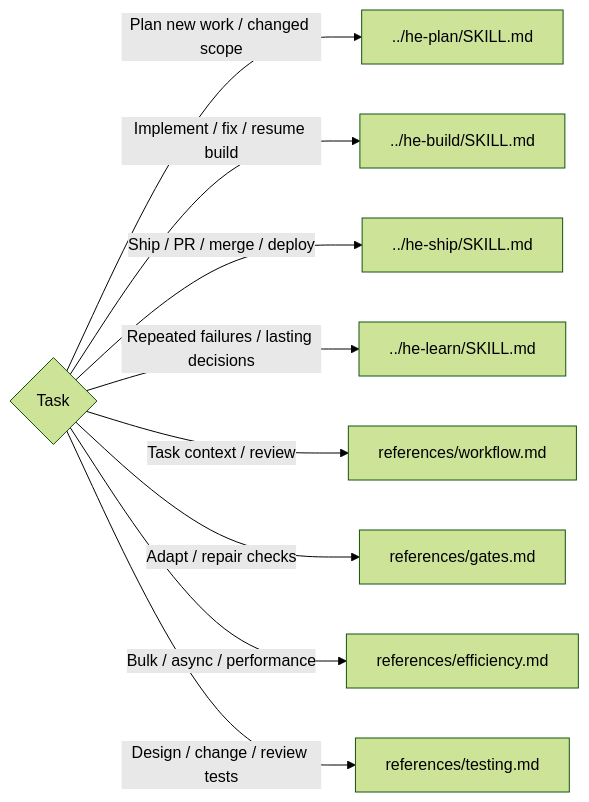
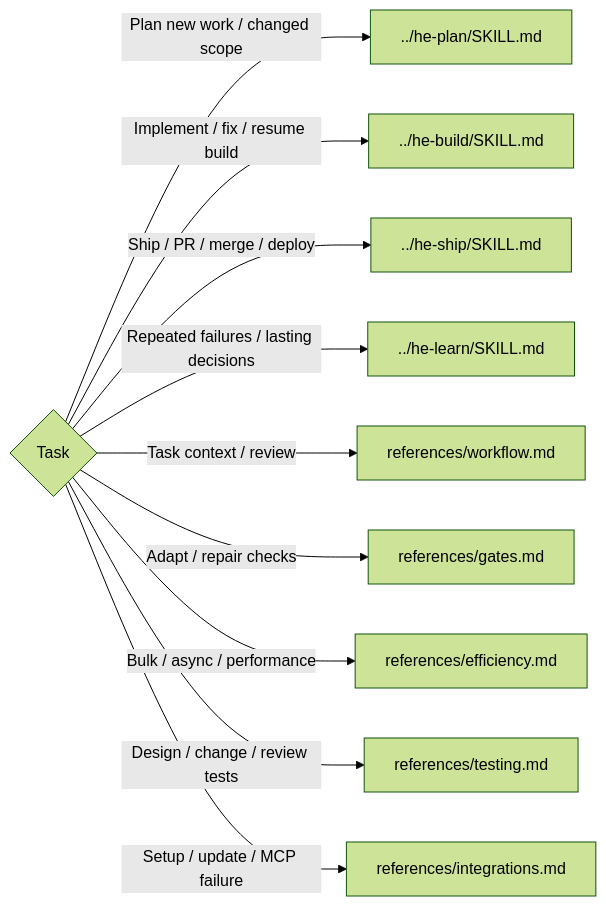
One commit to sgaabdu4/hard-eng changed the diagram in .agents/skills/he/SKILL.md. Above: the diagram before and after it, drawn with Mermaid (forest theme). The commit also changed 12 other files, not shown here.

````diff
--- a/.agents/skills/he/SKILL.md
+++ b/.agents/skills/he/SKILL.md
@@ -10,19 +10,21 @@
 ```mermaid
 flowchart LR
   T{Task} -->|Plan new work / changed scope| P[../he-plan/SKILL.md]
   T -->|Implement / fix / resume build| B[../he-build/SKILL.md]
   T -->|Ship / PR / merge / deploy| S[../he-ship/SKILL.md]
   T -->|Repeated failures / lasting decisions| L[../he-learn/SKILL.md]
   T -->|Task context / review| W[references/workflow.md]
   T -->|Adapt / repair checks| G[references/gates.md]
   T -->|Bulk / async / performance| E[references/efficiency.md]
   T -->|Design / change / review tests| Q[references/testing.md]
+  T -->|Setup / update / MCP failure| I[references/integrations.md]
   click W "references/workflow.md"
   click P "../he-plan/SKILL.md"
   click B "../he-build/SKILL.md"
   click S "../he-ship/SKILL.md"
   click L "../he-learn/SKILL.md"
   click G "references/gates.md"
   click E "references/efficiency.md"
   click Q "references/testing.md"
+  click I "references/integrations.md"
 ```
````
